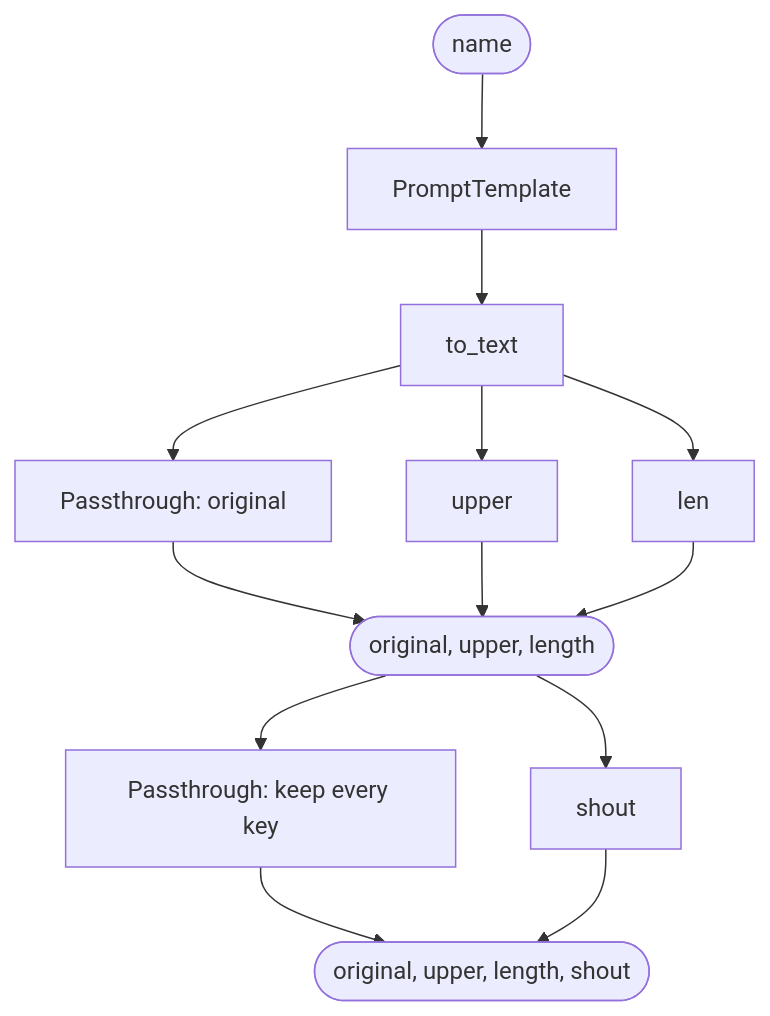
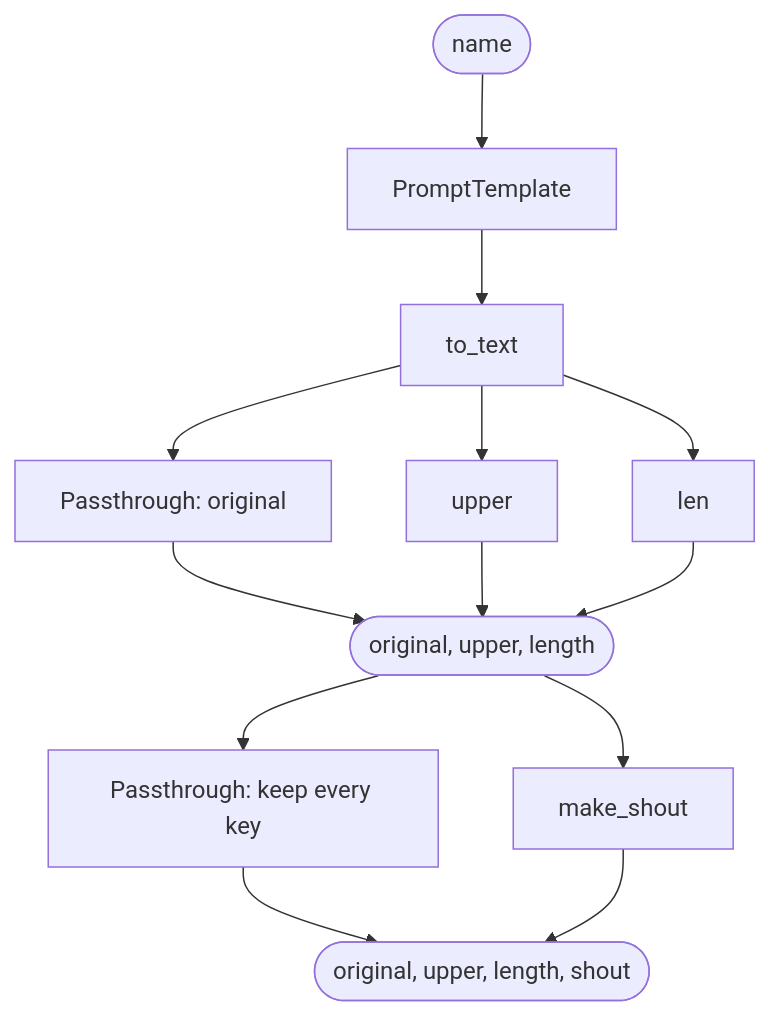
One commit to EasyLearnJava/AgenticProgramming changed the diagram in projects/06-langchain-parallel/README.md. Above: the diagram before and after it, drawn with Mermaid. The commit also changed other lines of this file and 3 other files, not shown here.

First line of the commit message:
Project 06: name the function make_shout, not shout

````diff
--- a/projects/06-langchain-parallel/README.md
+++ b/projects/06-langchain-parallel/README.md
@@ -77,14 +77,14 @@
 ```mermaid
 graph TD
   input([name]) --> PromptTemplate --> to_text
   to_text --> original[Passthrough: original]
   to_text --> upper[upper]
   to_text --> length[len]
   original --> dict([original, upper, length])
   upper --> dict
   length --> dict
   dict --> keep[Passthrough: keep every key]
-  dict --> shout[shout]
+  dict --> make_shout[make_shout]
   keep --> output([original, upper, length, shout])
-  shout --> output
+  make_shout --> output
 ```
````
